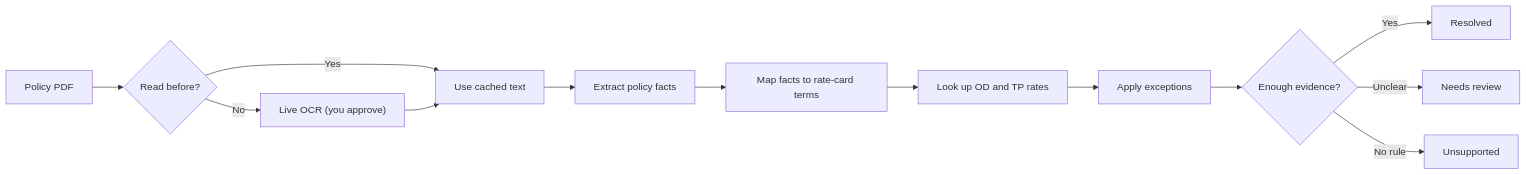
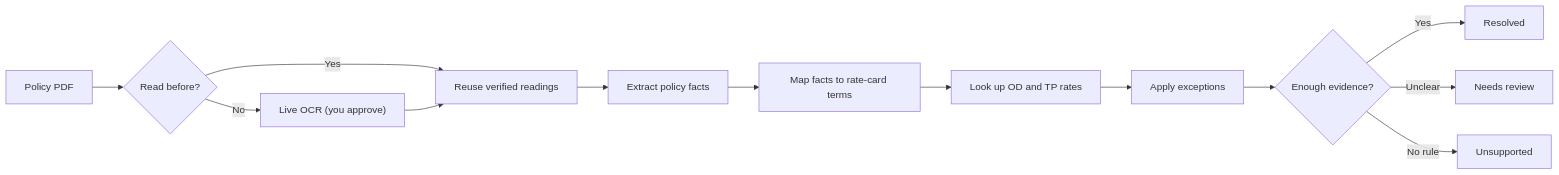
The diagram in README.md (puneet-chandna/ARGUS), drawn with Mermaid before and after one commit. The commit also changed other lines of this file and 13 other files, not shown here.

````diff
--- a/README.md
+++ b/README.md
@@ -75,15 +75,15 @@
 ```mermaid
 flowchart LR
     A["Policy PDF"] --> B{"Read before?"}
-    B -- "Yes" --> D["Use cached text"]
+    B -- "Yes" --> D["Reuse verified readings"]
     B -- "No" --> C["Live OCR (you approve)"]
     C --> D
     D --> E["Extract policy facts"]
     E --> F["Map facts to rate-card terms"]
     F --> G["Look up OD and TP rates"]
     G --> H["Apply exceptions"]
     H --> I{"Enough evidence?"}
     I -- "Yes" --> J["Resolved"]
     I -- "Unclear" --> K["Needs review"]
     I -- "No rule" --> L["Unsupported"]
 ```
````
